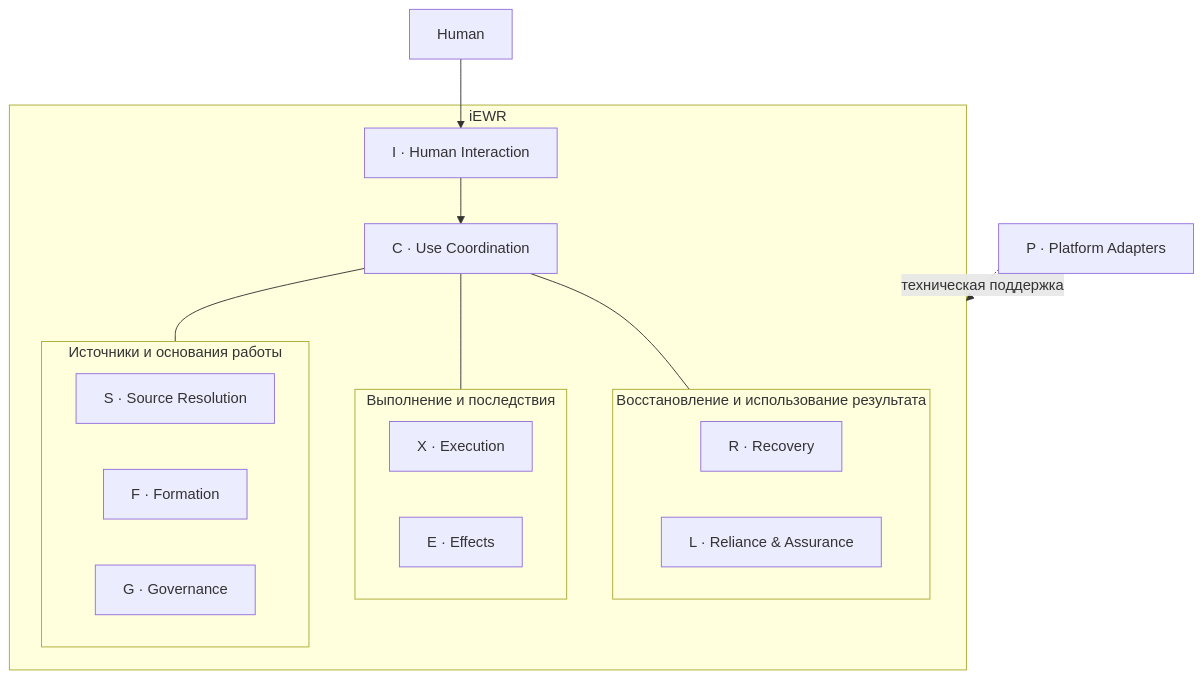
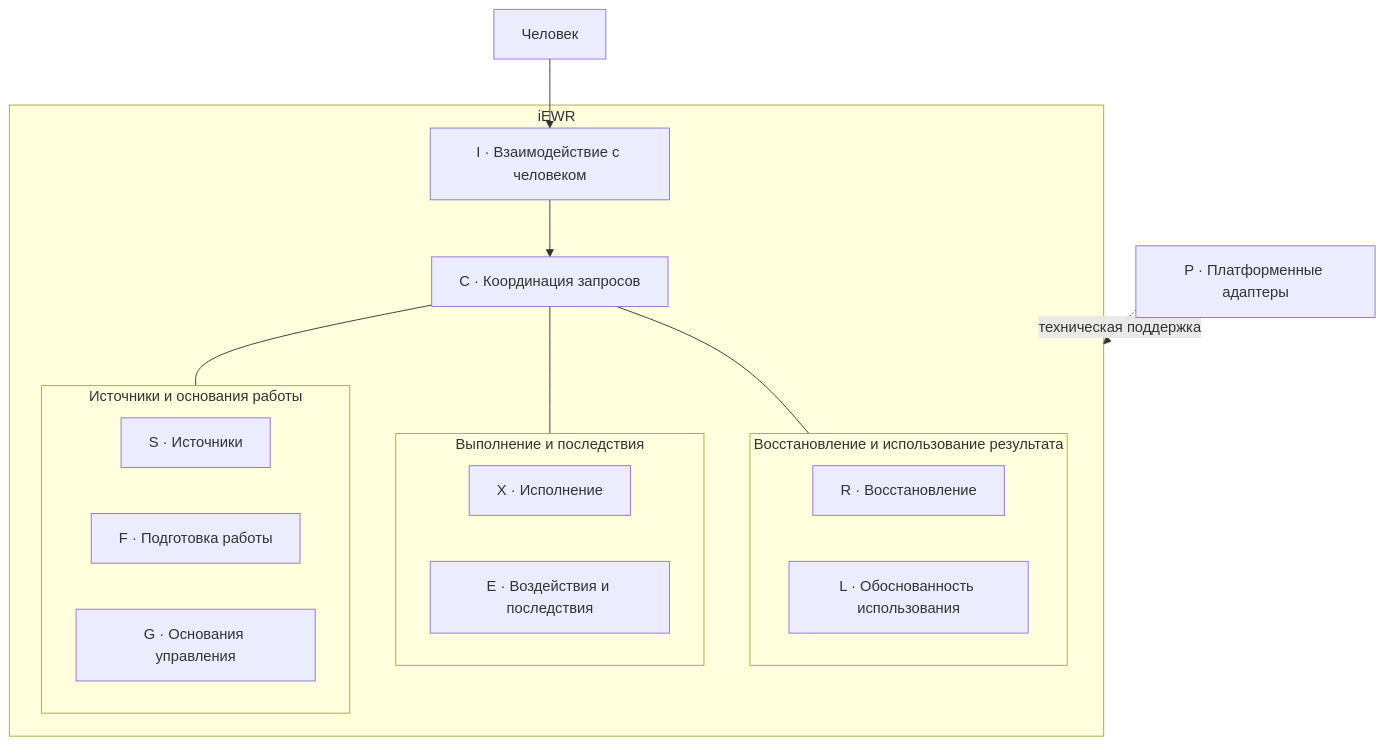
One commit to instantiatio/iEWR changed the diagram in README.md. Above: the diagram before and after it, drawn with Mermaid. The commit also changed other lines of this file and 28 other files, not shown here.

````diff
--- a/README.md
+++ b/README.md
@@ -141,24 +128,24 @@
 ```mermaid
 flowchart TB
-    Human["Human"] --> I
+    Human["Человек"] --> I
     subgraph runtime["iEWR"]
-        I["I · Human Interaction"] --> C["C · Use Coordination"]
+        I["I · Взаимодействие с человеком"] --> C["C · Координация запросов"]
         subgraph basis["Источники и основания работы"]
-            S["S · Source Resolution"]
-            F["F · Formation"]
-            G["G · Governance"]
+            S["S · Источники"]
+            F["F · Подготовка работы"]
+            G["G · Основания управления"]
         end
         subgraph action["Выполнение и последствия"]
-            X["X · Execution"]
-            E["E · Effects"]
+            X["X · Исполнение"]
+            E["E · Воздействия и последствия"]
         end
         subgraph continuity["Восстановление и использование результата"]
-            R["R · Recovery"]
-            L["L · Reliance & Assurance"]
+            R["R · Восстановление"]
+            L["L · Обоснованность использования"]
         end
         C --- basis
         C --- action
         C --- continuity
     end
-    P["P · Platform Adapters"] -.->|"техническая поддержка"| runtime
+    P["P · Платформенные адаптеры"] -.->|"техническая поддержка"| runtime
 ```
````
